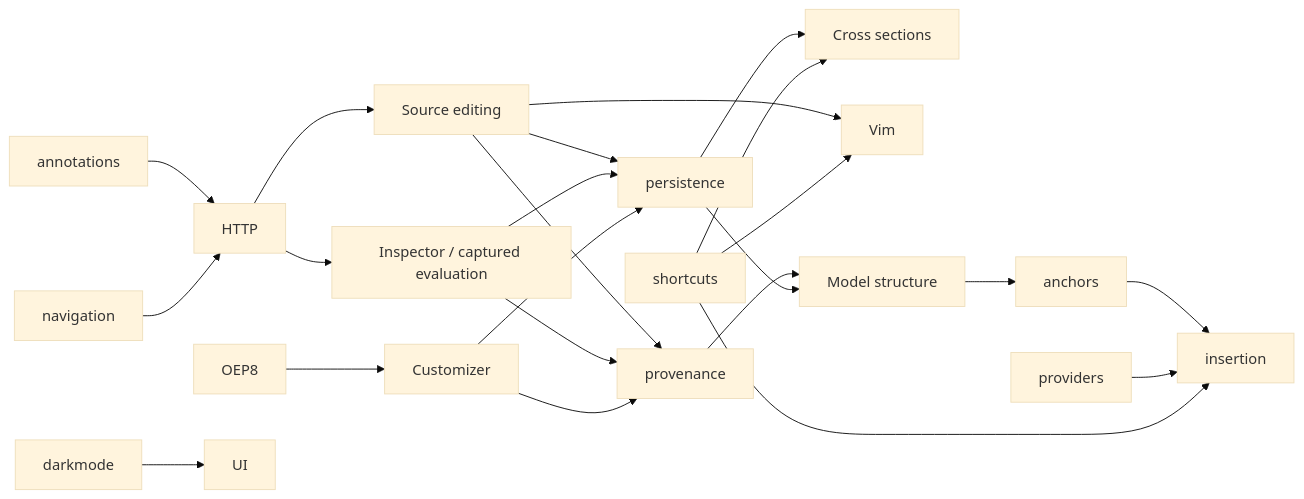
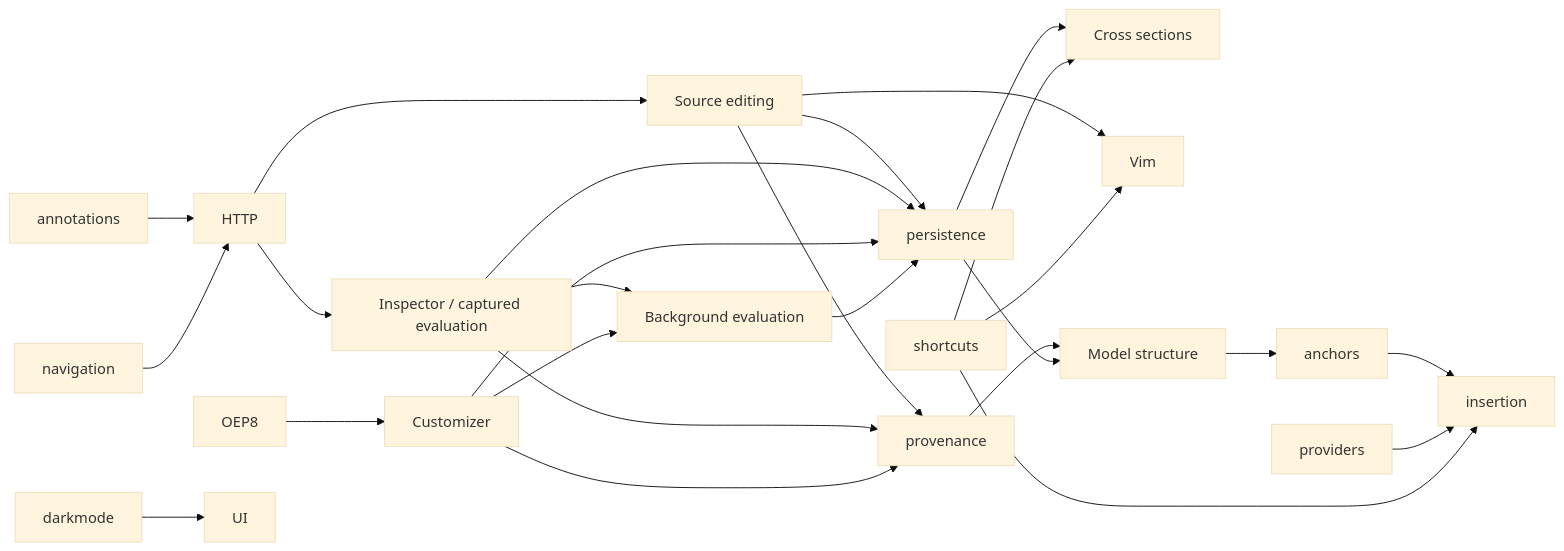
Before and after one commit to etjones/SCADMaxx: the diagram in docs/feature-ancestry.md, drawn with Mermaid (base theme). The commit also changed other lines of this file and 16 other files, not shown here.

````diff
--- a/docs/feature-ancestry.md
+++ b/docs/feature-ancestry.md
@@ -125,25 +163,28 @@
 ```mermaid
 flowchart LR
   annotations --> HTTP
   navigation --> HTTP
   HTTP --> source[Source editing]
   HTTP --> inspector[Inspector / captured evaluation]
   OEP8 --> Customizer
+  inspector --> background[Background evaluation]
+  Customizer --> background
   source --> provenance
   inspector --> provenance
   Customizer --> provenance
   source --> persistence
   inspector --> persistence
   Customizer --> persistence
+  background --> persistence
   persistence --> sections[Cross sections]
   shortcuts --> sections
   source --> Vim
   shortcuts --> Vim
   provenance --> hierarchy[Model structure]
   persistence --> hierarchy
   hierarchy --> anchors
   anchors --> insertion
   providers --> insertion
   shortcuts --> insertion
   darkmode --> UI
 ```
````
